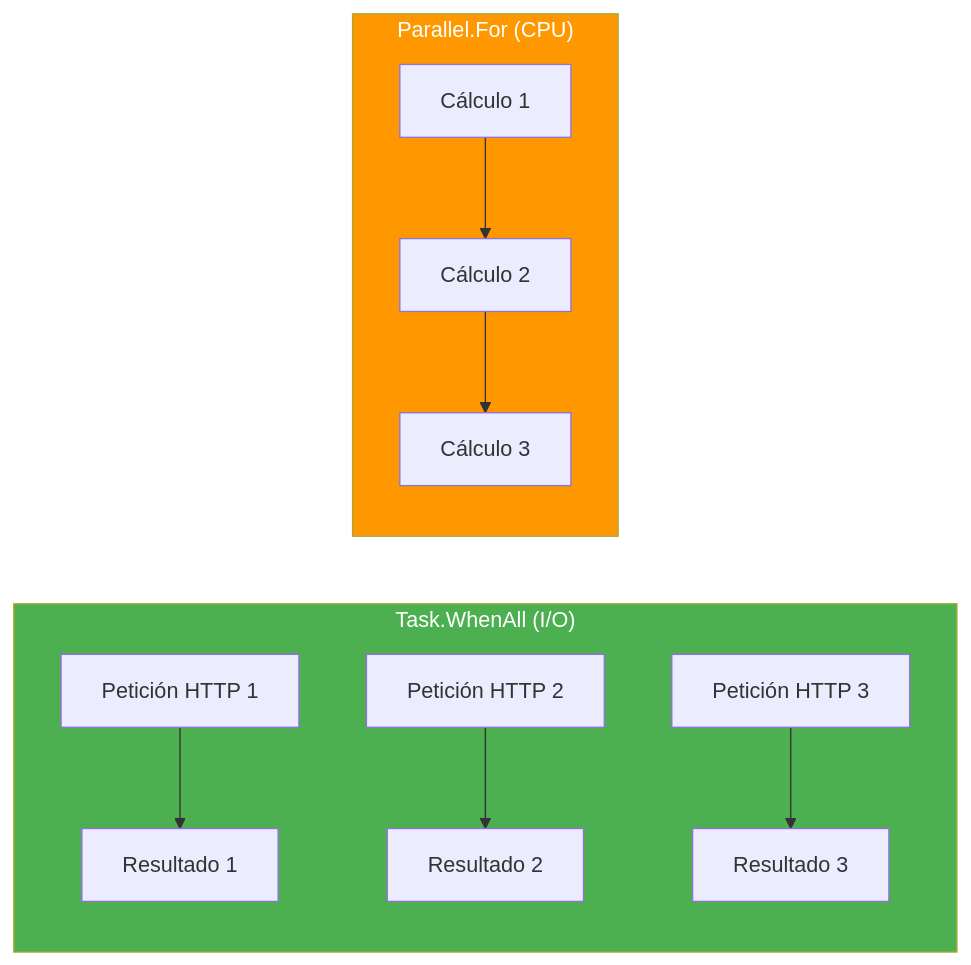
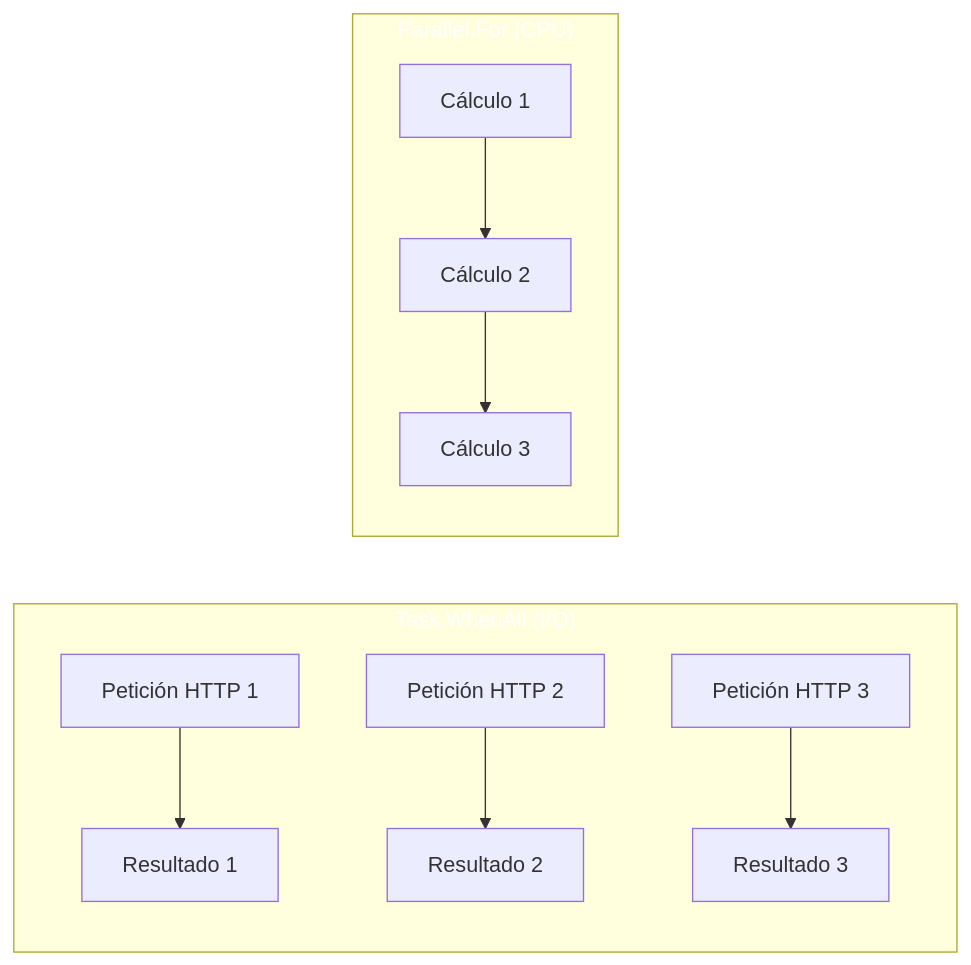
One commit to joseluisgs/DesarrolloWebEntornosServidor-01-2026-2027 changed diagram 20 of 21 in 16-concurrencia-asincronia.md. Above: the diagram before and after it, drawn with Mermaid. The commit also changed other lines of this file and 66 other files, not shown here.

First line of the commit message:
fix: normalizar titulos al castellano de frase y corregir la paleta de mermaid

````diff
--- a/16-concurrencia-asincronia.md
+++ b/16-concurrencia-asincronia.md
@@ -1172,16 +1172,16 @@
 ```mermaid
 graph LR
     subgraph WHENALL["Task.WhenAll (I/O)"]
         A1["Petición HTTP 1"] --> R1["Resultado 1"]
         A2["Petición HTTP 2"] --> R2["Resultado 2"]
         A3["Petición HTTP 3"] --> R3["Resultado 3"]
     end
 
     subgraph PARALLEL["Parallel.For (CPU)"]
         C1["Cálculo 1"] --> C2["Cálculo 2"]
         C2 --> C3["Cálculo 3"]
     end
 
-    style WHENALL fill:#4CAF50,color:#fff
-    style PARALLEL fill:#FF9800,color:#fff
+    style WHENALL fill:#4CAF5,color:#fff0,color:#fff
+    style PARALLEL fill:#FF980,color:#fff0,color:#fff
 ```
````
